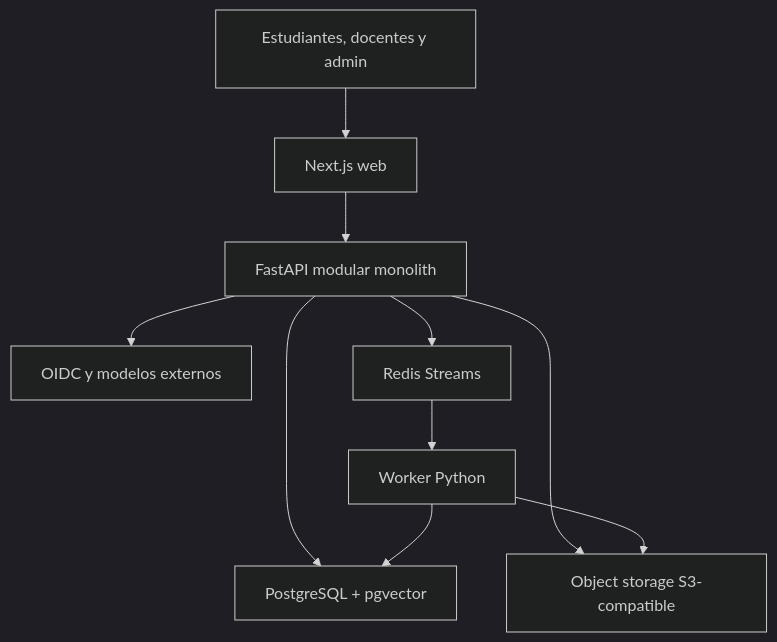
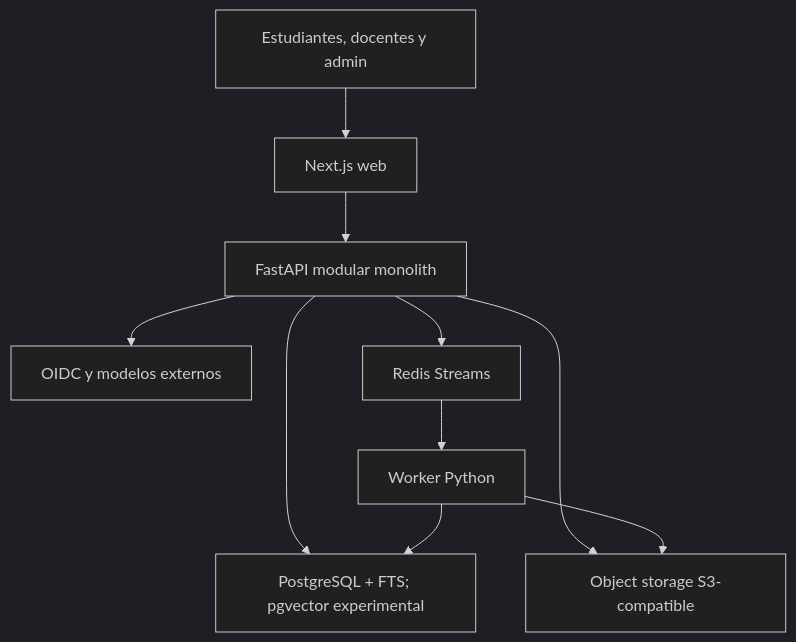
The first of 7 diagrams in docs/DOCTA_ARCHITECTURE.md (fmartinez09/Docta), drawn with Mermaid (dark theme) before and after one commit. The commit also changed other lines of this file and 11 other files, not shown here.

````diff
--- a/docs/DOCTA_ARCHITECTURE.md
+++ b/docs/DOCTA_ARCHITECTURE.md
@@ -212,12 +245,12 @@
 ```mermaid
 flowchart TD
     Users["Estudiantes, docentes y admin"] --> Web["Next.js web"]
     Web --> API["FastAPI modular monolith"]
-    API --> Data["PostgreSQL + pgvector"]
+    API --> Data["PostgreSQL + FTS; pgvector experimental"]
     API --> Storage["Object storage S3-compatible"]
     API --> External["OIDC y modelos externos"]
     API --> Redis["Redis Streams"]
     Redis --> Worker["Worker Python"]
     Worker --> Data
     Worker --> Storage
 ```
````
